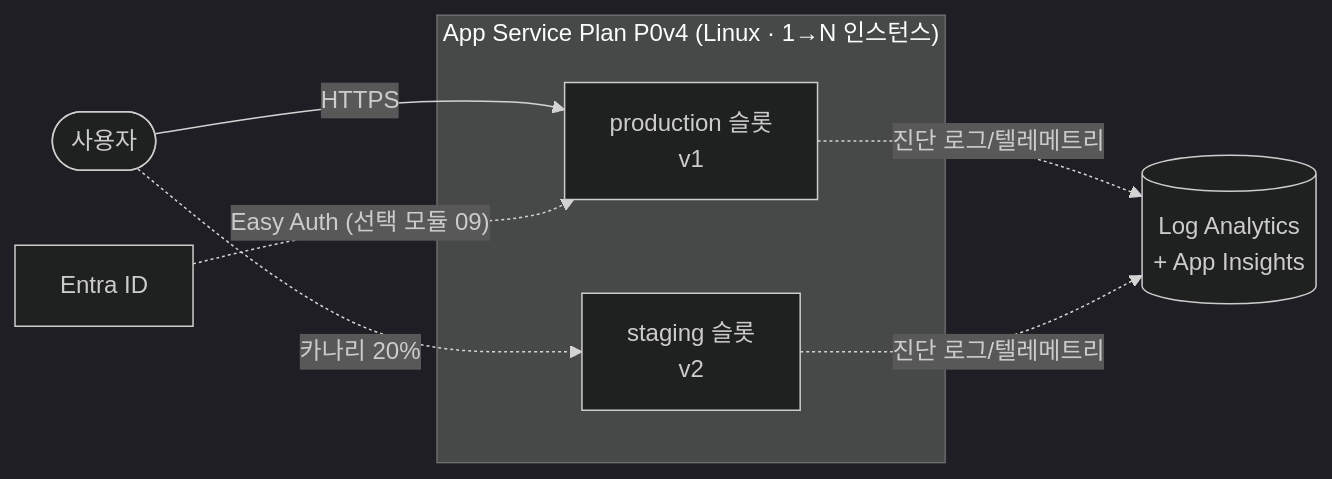
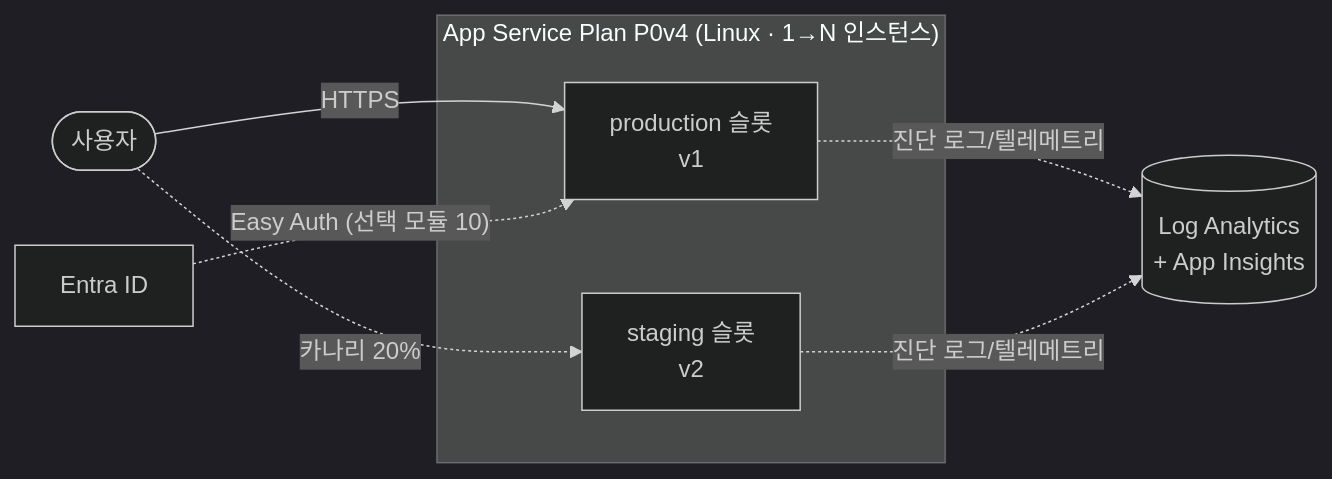
The diagram in README.md (freeman9844/ms-appservice-basic-workshop01), drawn with Mermaid (dark theme) before and after one commit. The commit also changed other lines of this file, not shown here.

````diff
--- a/README.md
+++ b/README.md
@@ -9,11 +9,11 @@
 ```mermaid
 flowchart LR
   user([사용자]) -->|HTTPS| prod[production 슬롯<br/>v1]
   user -.->|"카나리 20%"| stg[staging 슬롯<br/>v2]
   subgraph plan ["App Service Plan P0v4 (Linux · 1→N 인스턴스)"]
     prod; stg
   end
   prod -. 진단 로그/텔레메트리 .-> law[(Log Analytics<br/>+ App Insights)]
   stg -. 진단 로그/텔레메트리 .-> law
-  entra[Entra ID] -.->|"Easy Auth (선택 모듈 09)"| prod
+  entra[Entra ID] -.->|"Easy Auth (선택 모듈 10)"| prod
 ```
````
